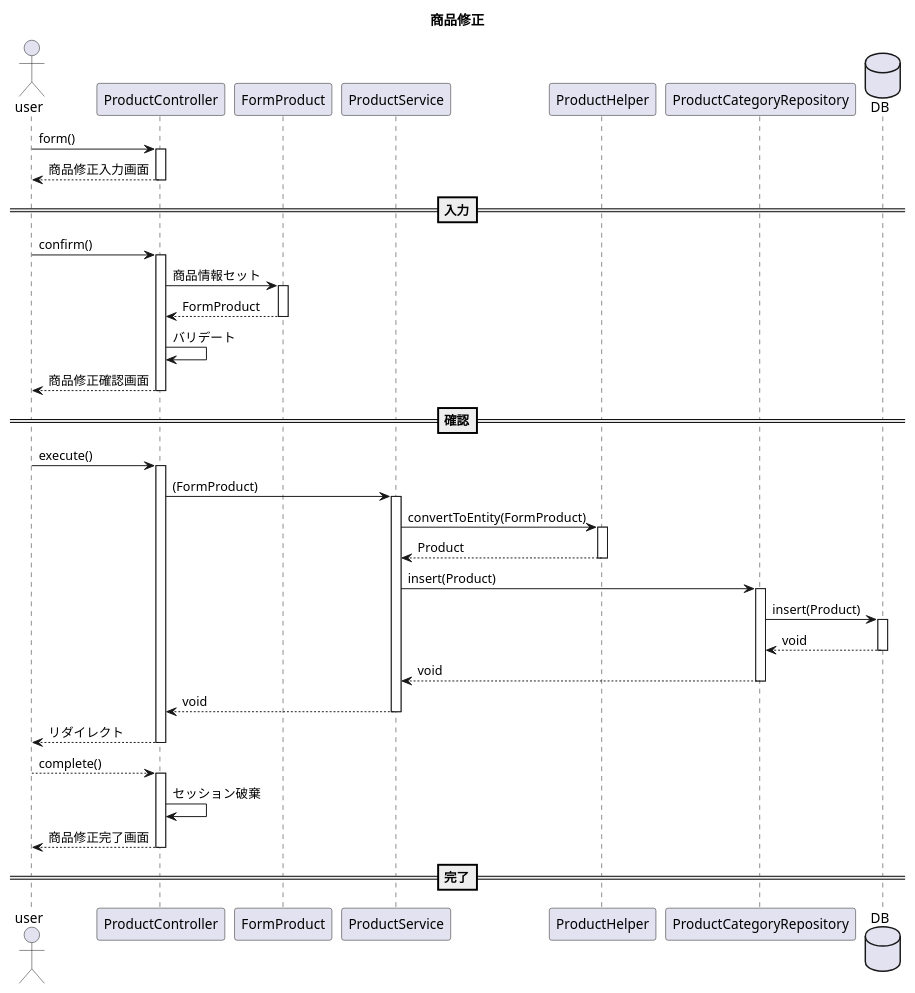
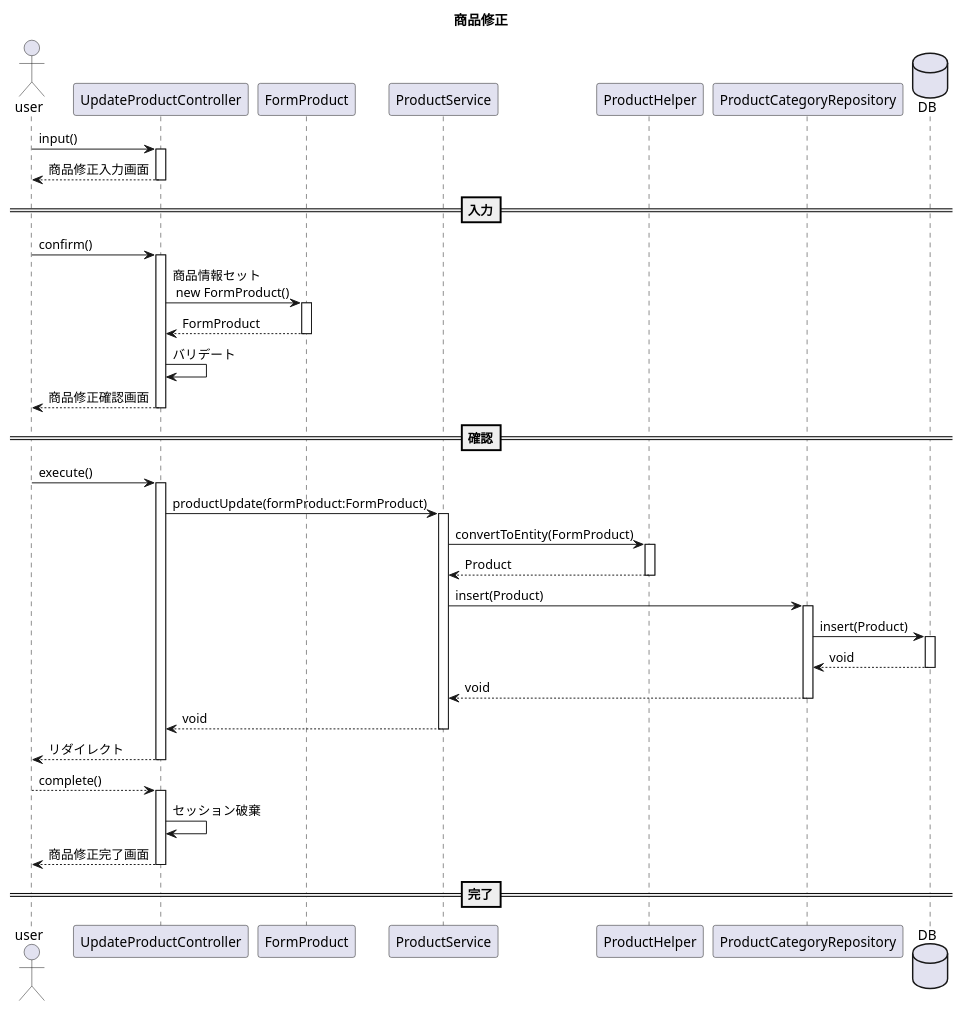
The diagram in plan/uml/sequence/uc012.plantuml (kanavii3333/ec-b), drawn with PlantUML before and after one commit. The commit also changed 5 other files, not shown here.

Commit message:
uc009~014.plantuml　修正

```diff
--- a/plan/uml/sequence/uc012.plantuml
+++ b/plan/uml/sequence/uc012.plantuml
@@ -1,35 +1,35 @@
 @startuml
 title 商品修正
 actor user
-participant ProductController as Controller
+participant UpdateProductController as Controller
 participant FormProduct as Form
 participant ProductService as Service
 participant ProductHelper as Helper
 participant ProductCategoryRepository as Repository
 database DB
 
 
-user -> Controller++:form()
+user -> Controller++:input()
 user <-- Controller--:商品修正入力画面
 ==入力==
 user -> Controller++:confirm()
-Controller -> Form++:商品情報セット
+Controller -> Form++:商品情報セット\n new FormProduct()
 Controller <-- Form--:FormProduct
 Controller -> Controller:バリデート
 user <-- Controller--:商品修正確認画面
 ==確認==
 user -> Controller++:execute()
-Controller -> Service++:(FormProduct)
+Controller -> Service++:productUpdate(formProduct:FormProduct)
 Service -> Helper++:convertToEntity(FormProduct)
 Service <-- Helper--:Product
 Service -> Repository++:insert(Product)
 Repository -> DB++:insert(Product)
 Repository <-- DB--:void
 Service <-- Repository--:void
 Controller <-- Service--:void
 user <-- Controller--:リダイレクト
 user --> Controller++:complete()
 Controller -> Controller:セッション破棄
 user <-- Controller--:商品修正完了画面
 ==完了==
 @enduml
```
